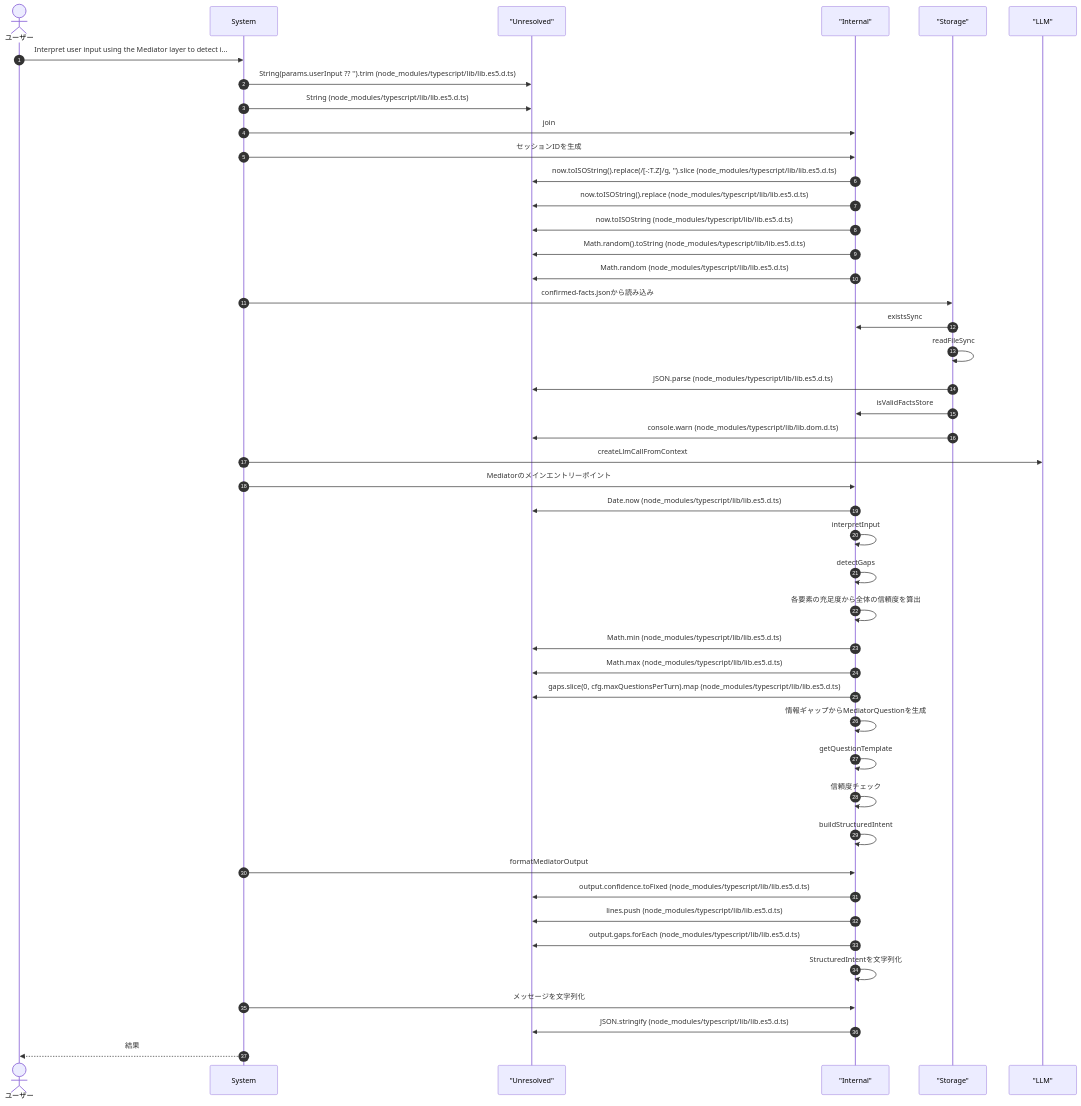
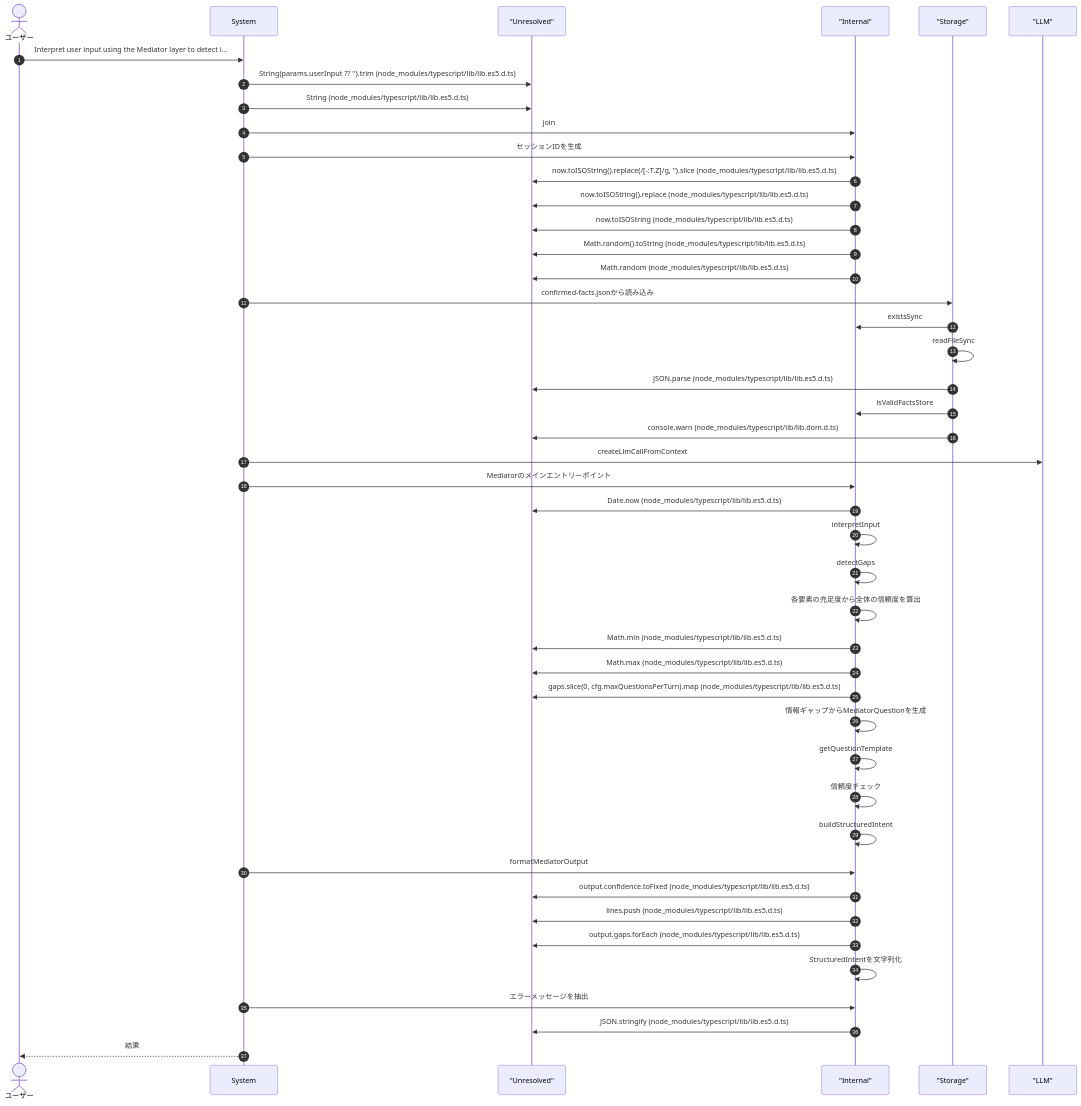
Before and after one commit to Mekann2904/mekann: the first of 4 diagrams in ABDD/.pi/extensions/mediator.md, drawn with Mermaid. The commit also changed other lines of this file and 189 other files, not shown here.

````diff
--- a/ABDD/.pi/extensions/mediator.md
+++ b/ABDD/.pi/extensions/mediator.md
@@ -41,49 +41,49 @@
 ```mermaid
 sequenceDiagram
   autonumber
   actor User as ユーザー
   participant System as System
   participant Unresolved as "Unresolved"
   participant Internal as "Internal"
   participant Storage as "Storage"
   participant LLM as "LLM"
 
   User->>System: Interpret user input using the Mediator layer to detect i...
   System->>Unresolved: String(params.userInput ?? '').trim (node_modules/typescript/lib/lib.es5.d.ts)
   System->>Unresolved: String (node_modules/typescript/lib/lib.es5.d.ts)
   System->>Internal: join
   System->>Internal: セッションIDを生成
   Internal->>Unresolved: now.toISOString().replace(/[-:T.Z]/g, '').slice (node_modules/typescript/lib/lib.es5.d.ts)
   Internal->>Unresolved: now.toISOString().replace (node_modules/typescript/lib/lib.es5.d.ts)
   Internal->>Unresolved: now.toISOString (node_modules/typescript/lib/lib.es5.d.ts)
   Internal->>Unresolved: Math.random().toString (node_modules/typescript/lib/lib.es5.d.ts)
   Internal->>Unresolved: Math.random (node_modules/typescript/lib/lib.es5.d.ts)
   System->>Storage: confirmed-facts.jsonから読み込み
   Storage->>Internal: existsSync
   Storage->>Storage: readFileSync
   Storage->>Unresolved: JSON.parse (node_modules/typescript/lib/lib.es5.d.ts)
   Storage->>Internal: isValidFactsStore
   Storage->>Unresolved: console.warn (node_modules/typescript/lib/lib.dom.d.ts)
   System->>LLM: createLlmCallFromContext
   System->>Internal: Mediatorのメインエントリーポイント
   Internal->>Unresolved: Date.now (node_modules/typescript/lib/lib.es5.d.ts)
   Internal->>Internal: interpretInput
   Internal->>Internal: detectGaps
   Internal->>Internal: 各要素の充足度から全体の信頼度を算出
   Internal->>Unresolved: Math.min (node_modules/typescript/lib/lib.es5.d.ts)
   Internal->>Unresolved: Math.max (node_modules/typescript/lib/lib.es5.d.ts)
   Internal->>Unresolved: gaps.slice(0, cfg.maxQuestionsPerTurn).map (node_modules/typescript/lib/lib.es5.d.ts)
   Internal->>Internal: 情報ギャップからMediatorQuestionを生成
   Internal->>Internal: getQuestionTemplate
   Internal->>Internal: 信頼度チェック
   Internal->>Internal: buildStructuredIntent
   System->>Internal: formatMediatorOutput
   Internal->>Unresolved: output.confidence.toFixed (node_modules/typescript/lib/lib.es5.d.ts)
   Internal->>Unresolved: lines.push (node_modules/typescript/lib/lib.es5.d.ts)
   Internal->>Unresolved: output.gaps.forEach (node_modules/typescript/lib/lib.es5.d.ts)
   Internal->>Internal: StructuredIntentを文字列化
-  System->>Internal: メッセージを文字列化
+  System->>Internal: エラーメッセージを抽出
   Internal->>Unresolved: JSON.stringify (node_modules/typescript/lib/lib.es5.d.ts)
   System-->>User: 結果
 
 ```
````
